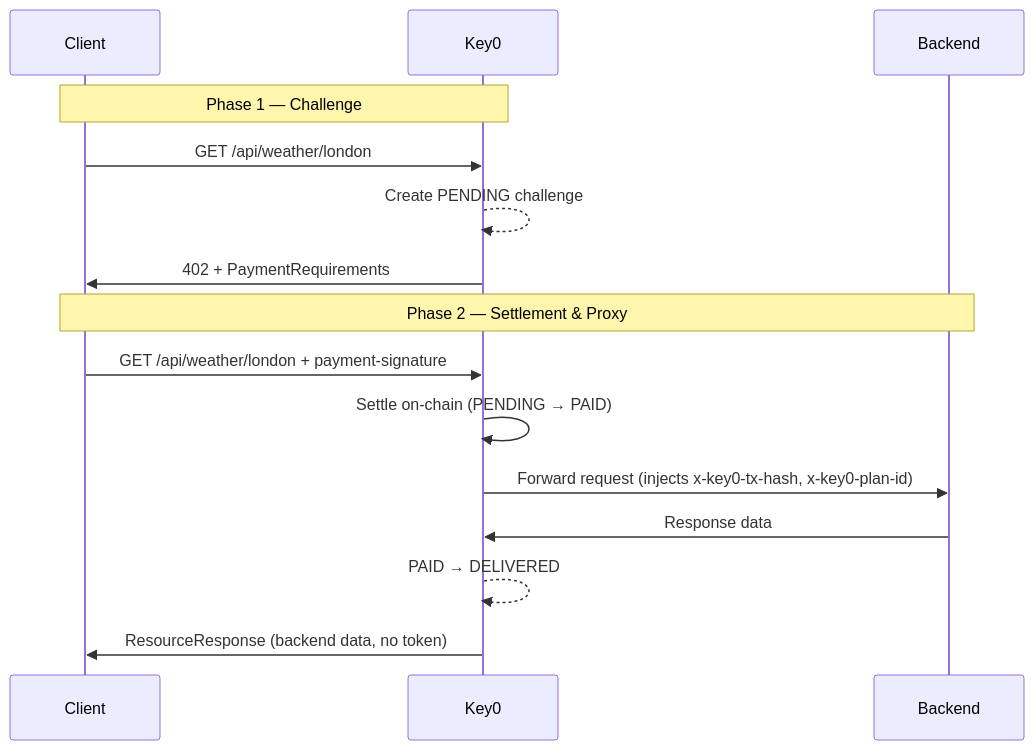
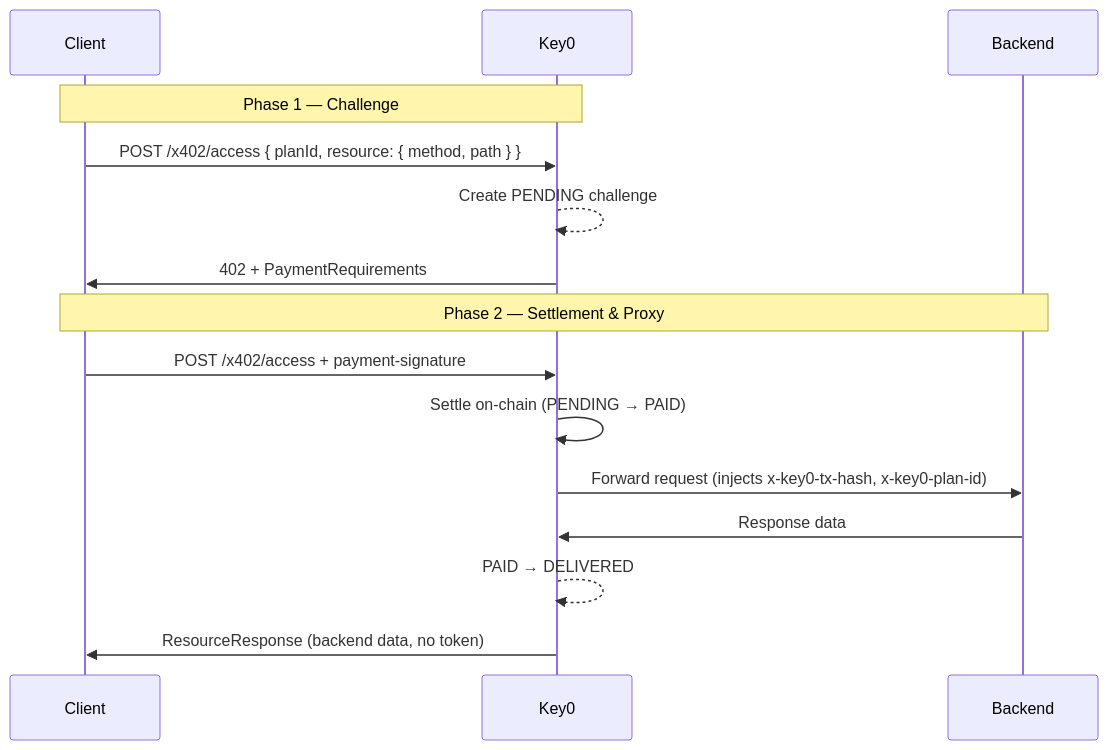
The second of 3 diagrams in docs/mintlify/introduction/how-it-works.mdx (key0ai/key0), drawn with Mermaid before and after one commit. The commit also changed other lines of this file and 52 other files, not shown here.

````diff
--- a/docs/mintlify/introduction/how-it-works.mdx
+++ b/docs/mintlify/introduction/how-it-works.mdx
@@ -90,19 +90,19 @@
 ```mermaid
 sequenceDiagram
     participant Client
     participant Key0
     participant Backend
 
     Note over Client,Key0: Phase 1 — Challenge
-    Client->>Key0: GET /api/weather/london
+    Client->>Key0: POST /x402/access { planId, resource: { method, path } }
     Key0-->>Key0: Create PENDING challenge
     Key0->>Client: 402 + PaymentRequirements
 
     Note over Client,Backend: Phase 2 — Settlement & Proxy
-    Client->>Key0: GET /api/weather/london + payment-signature
+    Client->>Key0: POST /x402/access + payment-signature
     Key0->>Key0: Settle on-chain (PENDING → PAID)
     Key0->>Backend: Forward request (injects x-key0-tx-hash, x-key0-plan-id)
     Backend->>Key0: Response data
     Key0-->>Key0: PAID → DELIVERED
     Key0->>Client: ResourceResponse (backend data, no token)
 ```
````
